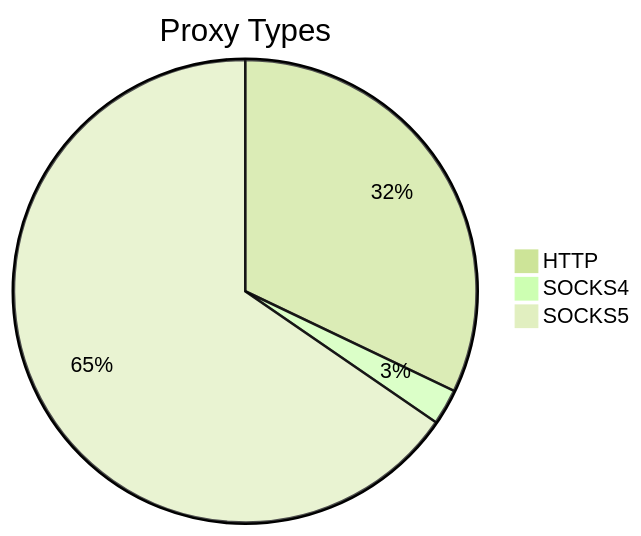
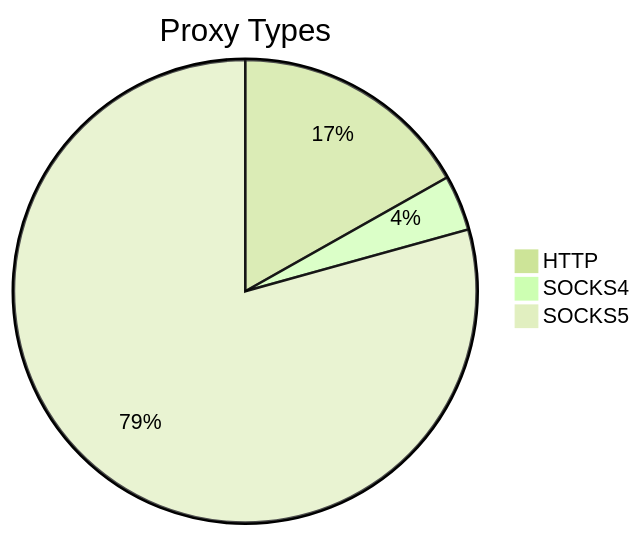
One commit to stormsia/proxy-list changed the first of 2 diagrams in README.md. Above: the diagram before and after it, drawn with Mermaid (forest theme). The commit also changed other lines of this file, not shown here.

````diff
--- a/README.md
+++ b/README.md
@@ -21,6 +21,6 @@
 ```mermaid
 pie title Proxy Types
-    "HTTP" : 154
-    "SOCKS4" : 12
-    "SOCKS5" : 314
+    "HTTP" : 335
+    "SOCKS4" : 77
+    "SOCKS5" : 1579
 ```
````
